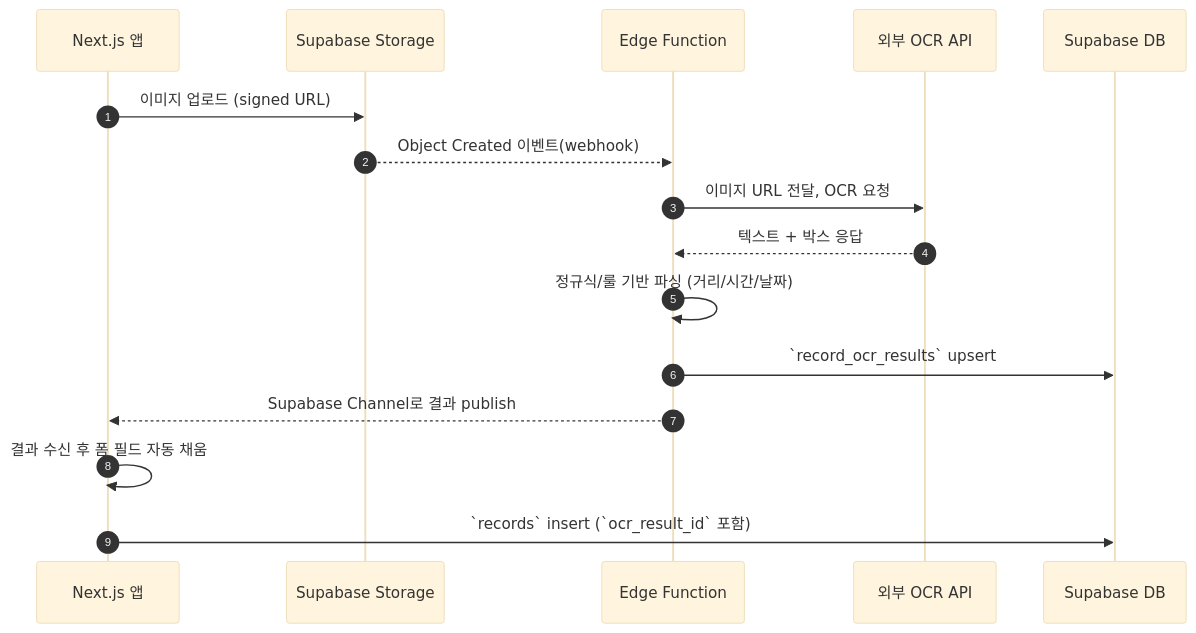
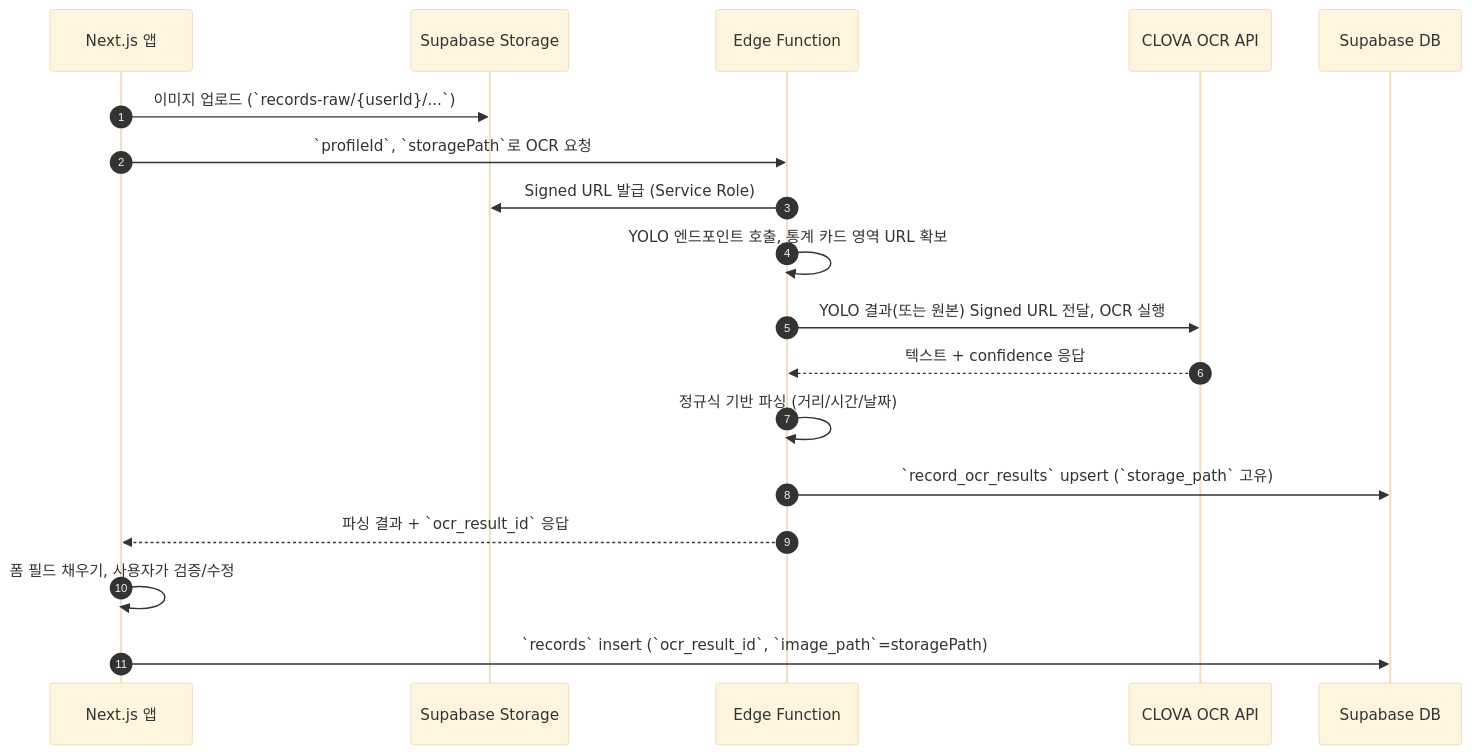
The diagram in docs/specs/ocr-pipeline.md (MakeVibeDev/runningcrew), drawn with Mermaid (base theme) before and after one commit. The commit also changed other lines of this file and 109 other files, not shown here.

````diff
--- a/docs/specs/ocr-pipeline.md
+++ b/docs/specs/ocr-pipeline.md
@@ -16,19 +32,21 @@
 ```mermaid
 sequenceDiagram
     autonumber
     participant App as Next.js 앱
     participant Storage as Supabase Storage
     participant Edge as Edge Function
-    participant OCR as 외부 OCR API
+    participant OCR as CLOVA OCR API
     participant DB as Supabase DB
 
-    App->>Storage: 이미지 업로드 (signed URL)
-    Storage-->>Edge: Object Created 이벤트(webhook)
-    Edge->>OCR: 이미지 URL 전달, OCR 요청
-    OCR-->>Edge: 텍스트 + 박스 응답
-    Edge->>Edge: 정규식/룰 기반 파싱 (거리/시간/날짜)
-    Edge->>DB: `record_ocr_results` upsert
-    Edge-->>App: Supabase Channel로 결과 publish
-    App->>App: 결과 수신 후 폼 필드 자동 채움
-    App->>DB: `records` insert (`ocr_result_id` 포함)
+    App->>Storage: 이미지 업로드 (`records-raw/{userId}/...`)
+    App->>Edge: `profileId`, `storagePath`로 OCR 요청
+    Edge->>Storage: Signed URL 발급 (Service Role)
+    Edge->>Edge: YOLO 엔드포인트 호출, 통계 카드 영역 URL 확보
+    Edge->>OCR: YOLO 결과(또는 원본) Signed URL 전달, OCR 실행
+    OCR-->>Edge: 텍스트 + confidence 응답
+    Edge->>Edge: 정규식 기반 파싱 (거리/시간/날짜)
+    Edge->>DB: `record_ocr_results` upsert (`storage_path` 고유)
+    Edge-->>App: 파싱 결과 + `ocr_result_id` 응답
+    App->>App: 폼 필드 채우기, 사용자가 검증/수정
+    App->>DB: `records` insert (`ocr_result_id`, `image_path`=storagePath)
 ```
````
